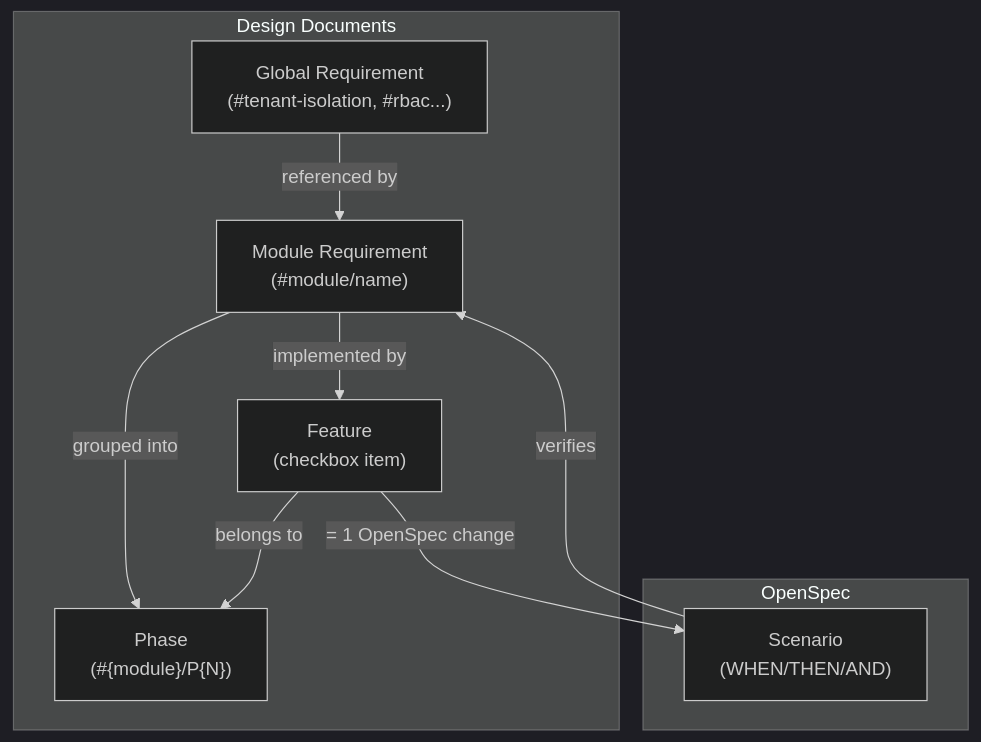
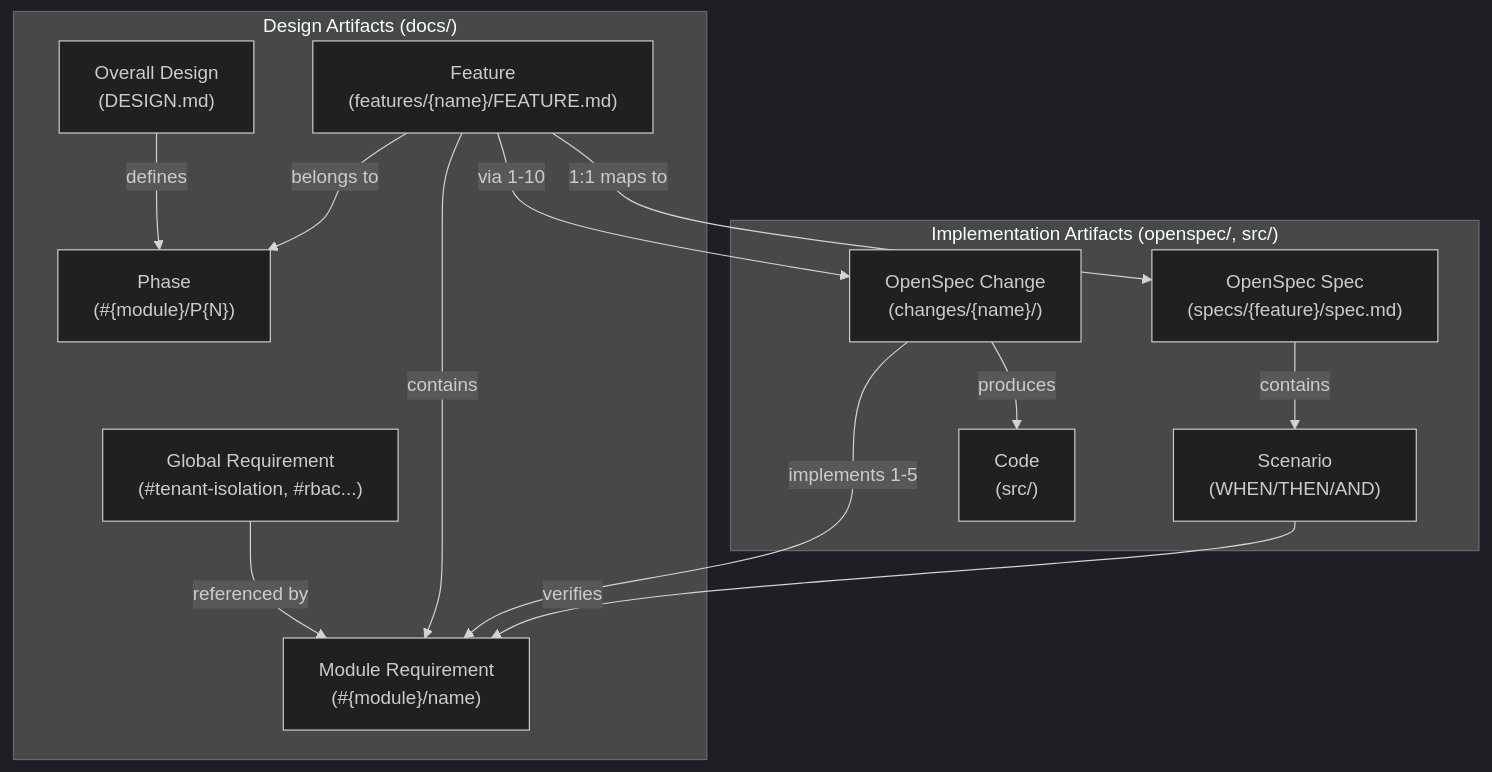
The diagram in docs/module_dev_workflow/REFERENCE.md (hypernetix/hyperspot), drawn with Mermaid (dark theme) before and after one commit. The commit also changed other lines of this file and 9 other files, not shown here.

First line of the commit message:
docs: separate DESIGN.md from FEATURE.md in module workflow

````diff
--- a/docs/module_dev_workflow/REFERENCE.md
+++ b/docs/module_dev_workflow/REFERENCE.md
@@ -33,20 +58,28 @@
 ```mermaid
 graph TD
-    subgraph "Design Documents"
+    subgraph "Design Artifacts (docs/)"
+        OD["Overall Design<br/>(DESIGN.md)"]
         GR["Global Requirement<br/>(#tenant-isolation, #rbac...)"]
-        MR["Module Requirement<br/>(#module/name)"]
         PH["Phase<br/>(#{module}/P{N})"]
-        FT["Feature<br/>(checkbox item)"]
+        FT["Feature<br/>(features/{name}/FEATURE.md)"]
+        MR["Module Requirement<br/>(#{module}/name)"]
     end
 
-    subgraph "OpenSpec"
+    subgraph "Implementation Artifacts (openspec/, src/)"
+        SP["OpenSpec Spec<br/>(specs/{feature}/spec.md)"]
         SC["Scenario<br/>(WHEN/THEN/AND)"]
+        CH["OpenSpec Change<br/>(changes/{name}/)"]
+        CD["Code<br/>(src/)"]
     end
 
+    OD -->|"defines"| PH
     GR -->|"referenced by"| MR
-    MR -->|"grouped into"| PH
-    MR -->|"implemented by"| FT
+    FT -->|"contains"| MR
     FT -->|"belongs to"| PH
-    FT -->|"= 1 OpenSpec change"| SC
+    FT -->|"1:1 maps to"| SP
+    CH -->|"implements 1-5"| MR
+    FT -->|"via 1-10" | CH
     SC -->|"verifies"| MR
+    SP -->|"contains"| SC
+    CH -->|"produces"| CD
 ```
````
